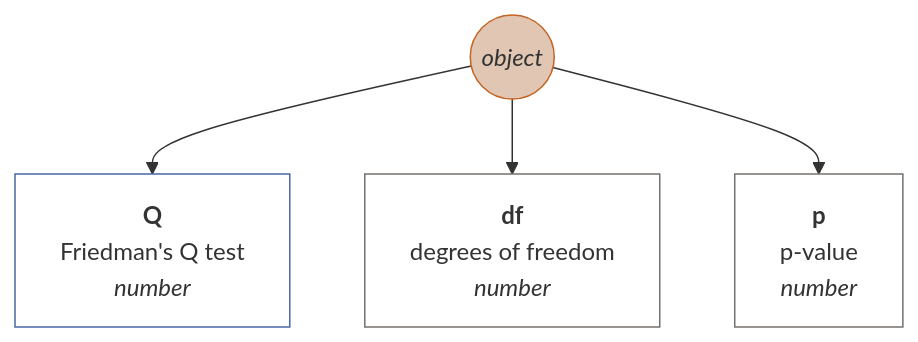
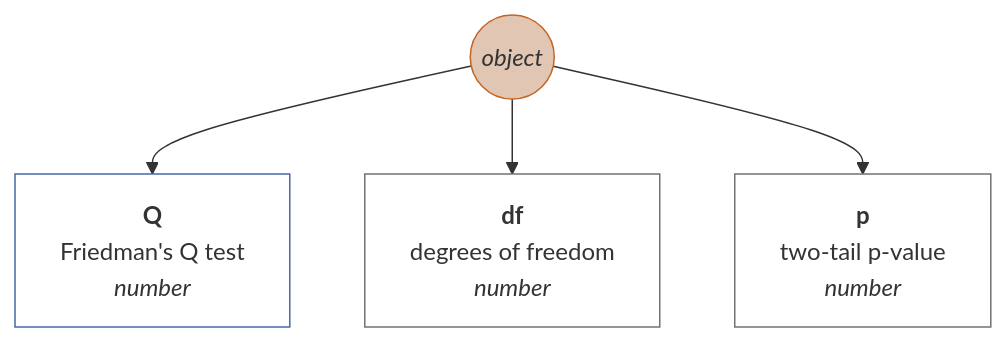
Diagram 44 of 45 in docs/en-GB.md (muzikp/retusa), drawn with Mermaid before and after one commit. The commit also changed other lines of this file and 4 other files, not shown here.

````diff
--- a/docs/en-GB.md
+++ b/docs/en-GB.md
@@ -1824,16 +1824,16 @@
 ```mermaid
 graph TD
 friedman((<i>object</i>))
 style friedman fill:#E1C6B3;
 style friedman stroke:#C36422;
 friedman --> Q[<b>Q</b><br>Friedman's Q test <br><i>number</i>]
 style Q fill:#FFFFFF;
 style Q stroke:#4967A4;
 friedman --> df[<b>df</b><br>degrees of freedom <br><i>number</i>]
 style df fill:#FFFFFF;
 style df stroke:#75716F;
-friedman --> p[<b>p</b><br>p-value <br><i>number</i>]
+friedman --> p[<b>p</b><br>two-tail p-value <br><i>number</i>]
 style p fill:#FFFFFF;
 style p stroke:#75716F;
 
 ```
````
